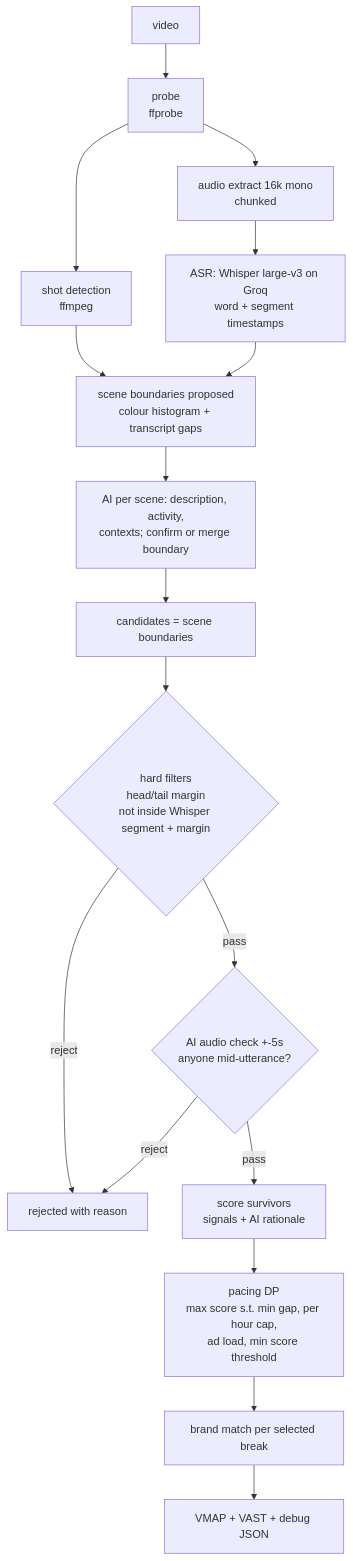
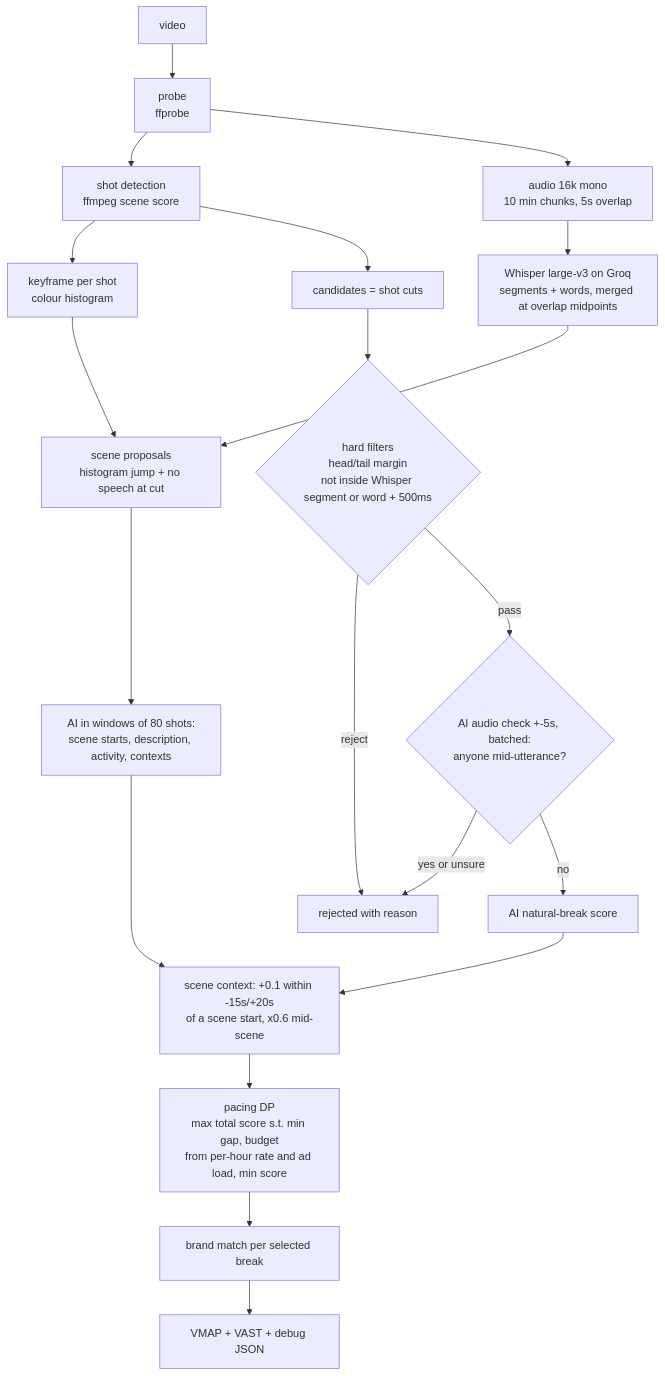
Before and after one commit to thisizaro/adbreak: the second of 5 diagrams in docs/ARCHITECTURE.md, drawn with Mermaid. The commit also changed other lines of this file and 13 other files, not shown here.

Commit message:
scenes: histogram proposals + AI segmentation with descriptions; scene-context scoring; scene list UI; low media resolution

````diff
--- a/docs/ARCHITECTURE.md
+++ b/docs/ARCHITECTURE.md
@@ -52,19 +57,22 @@
 ```mermaid
 flowchart TD
   V[video] --> P[probe<br/>ffprobe]
-  P --> SH[shot detection<br/>ffmpeg]
-  P --> AU[audio extract 16k mono<br/>chunked]
-  AU --> ASR[ASR: Whisper large-v3 on Groq<br/>word + segment timestamps]
-  SH --> SC[scene boundaries proposed<br/>colour histogram + transcript gaps]
+  P --> SH[shot detection<br/>ffmpeg scene score]
+  P --> AU[audio 16k mono<br/>10 min chunks, 5s overlap]
+  AU --> ASR[Whisper large-v3 on Groq<br/>segments + words, merged at overlap midpoints]
+  SH --> KF[keyframe per shot<br/>colour histogram]
+  KF --> SC[scene proposals<br/>histogram jump + no speech at cut]
   ASR --> SC
-  SC --> SD[AI per scene: description, activity,<br/>contexts; confirm or merge boundary]
-  SD --> C[candidates = scene boundaries]
-  C --> G1{hard filters<br/>head/tail margin<br/>not inside Whisper segment + margin}
+  SC --> SD[AI in windows of 80 shots:<br/>scene starts, description, activity, contexts]
+  SH --> C[candidates = shot cuts]
+  C --> G1{hard filters<br/>head/tail margin<br/>not inside Whisper segment or word + 500ms}
   G1 -- reject --> R1[rejected with reason]
-  G1 -- pass --> G2{AI audio check +-5s<br/>anyone mid-utterance?}
-  G2 -- reject --> R1
-  G2 -- pass --> S[score survivors<br/>signals + AI rationale]
-  S --> DP[pacing DP<br/>max score s.t. min gap, per hour cap,<br/>ad load, min score threshold]
+  G1 -- pass --> G2{AI audio check +-5s, batched:<br/>anyone mid-utterance?}
+  G2 -- yes or unsure --> R1
+  G2 -- no --> S[AI natural-break score]
+  SD --> SCX[scene context: +0.1 within -15s/+20s<br/>of a scene start, x0.6 mid-scene]
+  S --> SCX
+  SCX --> DP[pacing DP<br/>max total score s.t. min gap, budget<br/>from per-hour rate and ad load, min score]
   DP --> B[brand match per selected break]
   B --> M[VMAP + VAST + debug JSON]
 ```
````
